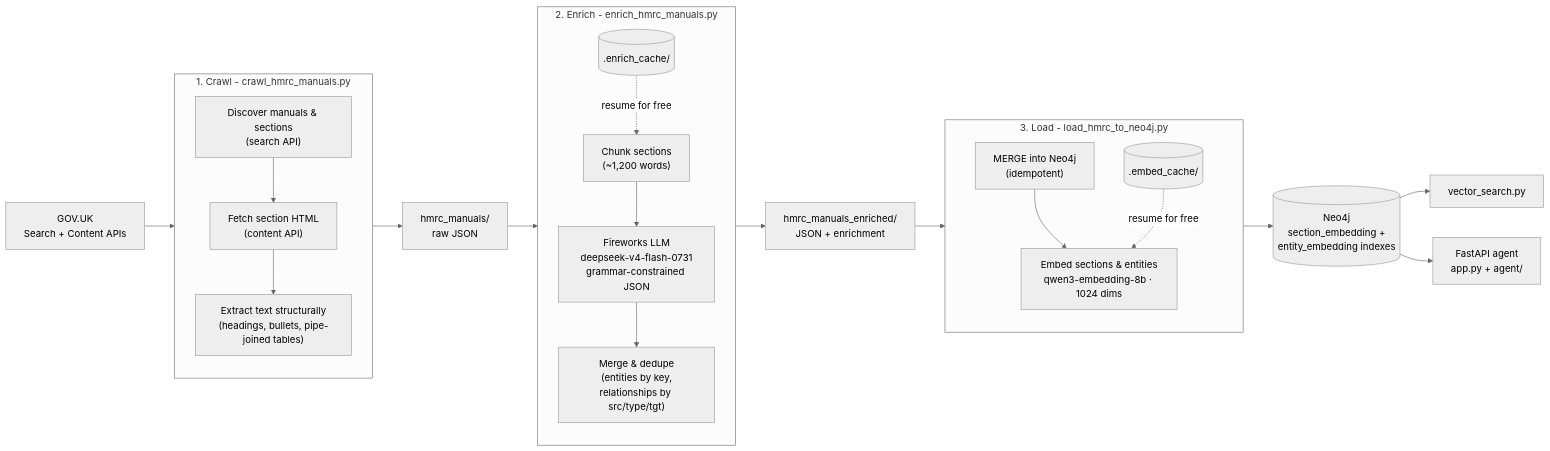
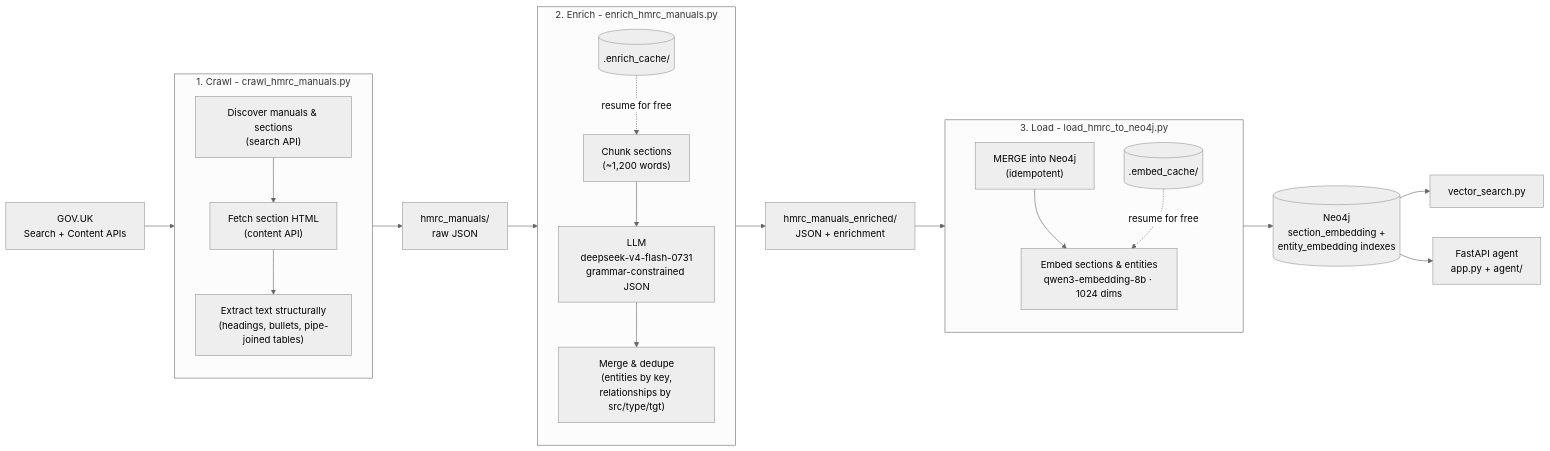
Before and after one commit to pedroleitao-neo4j/hmrc-manuals-kg: the first of 2 diagrams in README.md, drawn with Mermaid (neutral theme). The commit also changed other lines of this file, not shown here.

````diff
--- a/README.md
+++ b/README.md
@@ -13,36 +13,36 @@
 ```mermaid
 flowchart LR
     GOV["GOV.UK<br/>Search + Content APIs"] --> CRAWL
 
     subgraph CRAWL ["1. Crawl - crawl_hmrc_manuals.py"]
         direction TB
         DISC["Discover manuals &amp; sections<br/>(search API)"] --> FETCH["Fetch section HTML<br/>(content API)"]
         FETCH --> EXTRACT["Extract text structurally<br/>(headings, bullets, pipe-joined tables)"]
     end
 
     CRAWL --> RAW["hmrc_manuals/<br/>raw JSON"]
 
     RAW --> ENRICH
 
     subgraph ENRICH ["2. Enrich - enrich_hmrc_manuals.py"]
         direction TB
-        CHUNK["Chunk sections<br/>(~1,200 words)"] --> LLM["Fireworks LLM<br/>deepseek-v4-flash-0731<br/>grammar-constrained JSON"]
+        CHUNK["Chunk sections<br/>(~1,200 words)"] --> LLM["LLM<br/>deepseek-v4-flash-0731<br/>grammar-constrained JSON"]
         LLM --> MERGE["Merge &amp; dedupe<br/>(entities by key,<br/>relationships by src/type/tgt)"]
         ECACHE[(".enrich_cache/")] -.->|resume for free| CHUNK
     end
 
     ENRICH --> ENRICHED["hmrc_manuals_enriched/<br/>JSON + enrichment"]
 
     ENRICHED --> LOAD
 
     subgraph LOAD ["3. Load - load_hmrc_to_neo4j.py"]
         direction TB
         GRAPH["MERGE into Neo4j<br/>(idempotent)"] --> EMBED["Embed sections &amp; entities<br/>qwen3-embedding-8b · 1024 dims"]
         ECACHE2[(".embed_cache/")] -.->|resume for free| EMBED
     end
 
     LOAD --> NEO[("Neo4j<br/>section_embedding +<br/>entity_embedding indexes")]
 
     NEO --> VS["vector_search.py"]
     NEO --> AGENT["FastAPI agent<br/>app.py + agent/"]
 ```
````
